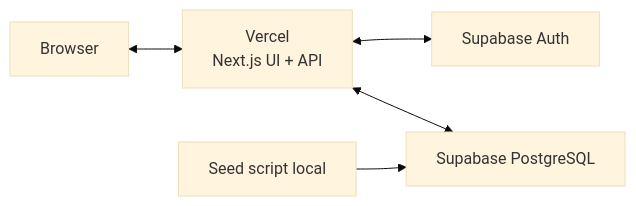
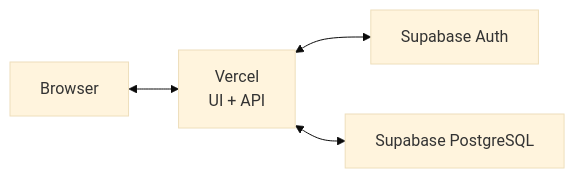
The fifth of 5 diagrams in README.md (Camiloruiiz/ploottest), drawn with Mermaid (base theme) before and after one commit. The commit also changed other lines of this file and 5 other files, not shown here.

First line of the commit message:
feat: add README documentation for project setup and architecture

````diff
--- a/README.md
+++ b/README.md
@@ -714,13 +120,11 @@
 ```mermaid
 flowchart LR
     Browser[Browser]
-    Vercel[Vercel<br/>Next.js UI + API]
+    Vercel[Vercel<br/>UI + API]
     Auth[Supabase Auth]
     DB[Supabase PostgreSQL]
-    Seed[Seed script local]
 
     Browser <--> Vercel
     Vercel <--> Auth
     Vercel <--> DB
-    Seed --> DB
 ```
````
